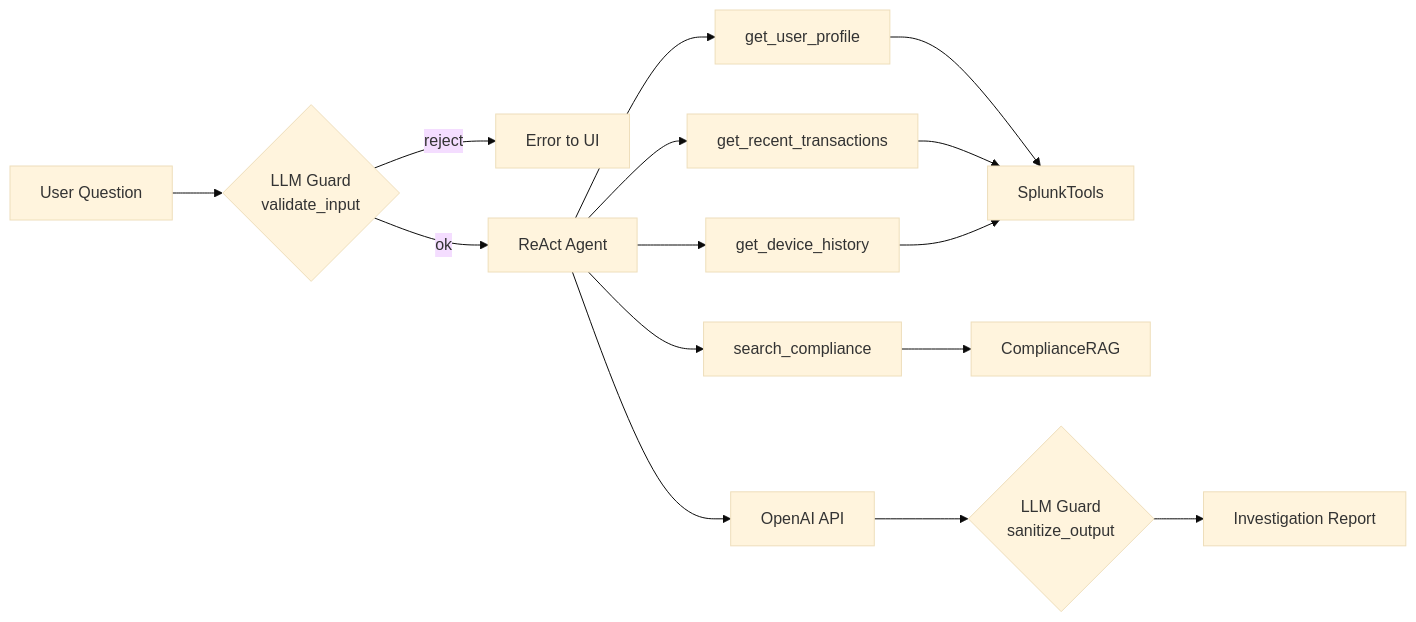
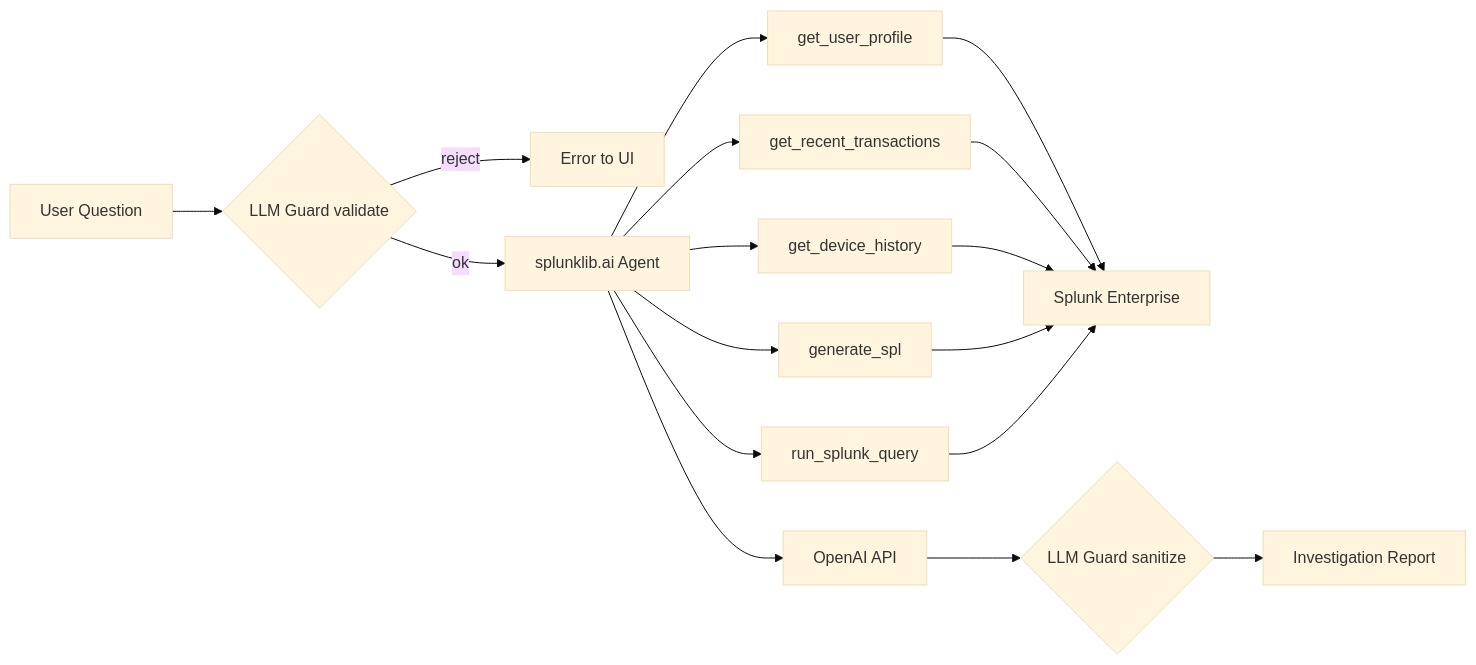
The third of 3 diagrams in ARCHITECTURE.md (shuibuxing00/FinGuard-Copilot), drawn with Mermaid (base theme) before and after one commit. The commit also changed other lines of this file and 9 other files, not shown here.

Commit message:
Complete hackathon submission: local generate_spl, architecture_diagram.png, SUBMISSION guide

````diff
--- a/ARCHITECTURE.md
+++ b/ARCHITECTURE.md
@@ -123,15 +128,15 @@
 ```mermaid
 flowchart LR
-    Q[User Question] --> V{LLM Guard<br/>validate_input}
+    Q[User Question] --> V{LLM Guard validate}
     V -->|reject| E[Error to UI]
-    V -->|ok| A[ReAct Agent]
+    V -->|ok| A[splunklib.ai Agent]
     A --> T1[get_user_profile]
     A --> T2[get_recent_transactions]
     A --> T3[get_device_history]
-    A --> T4[search_compliance]
-    T1 & T2 & T3 --> Splunk[SplunkTools]
-    T4 --> RAG[ComplianceRAG]
+    A --> T4[generate_spl]
+    A --> T5[run_splunk_query]
+    T1 & T2 & T3 & T4 & T5 --> Splunk[Splunk Enterprise]
     A --> M[OpenAI API]
-    M --> S{LLM Guard<br/>sanitize_output}
+    M --> S{LLM Guard sanitize}
     S --> R[Investigation Report]
 ```
````
